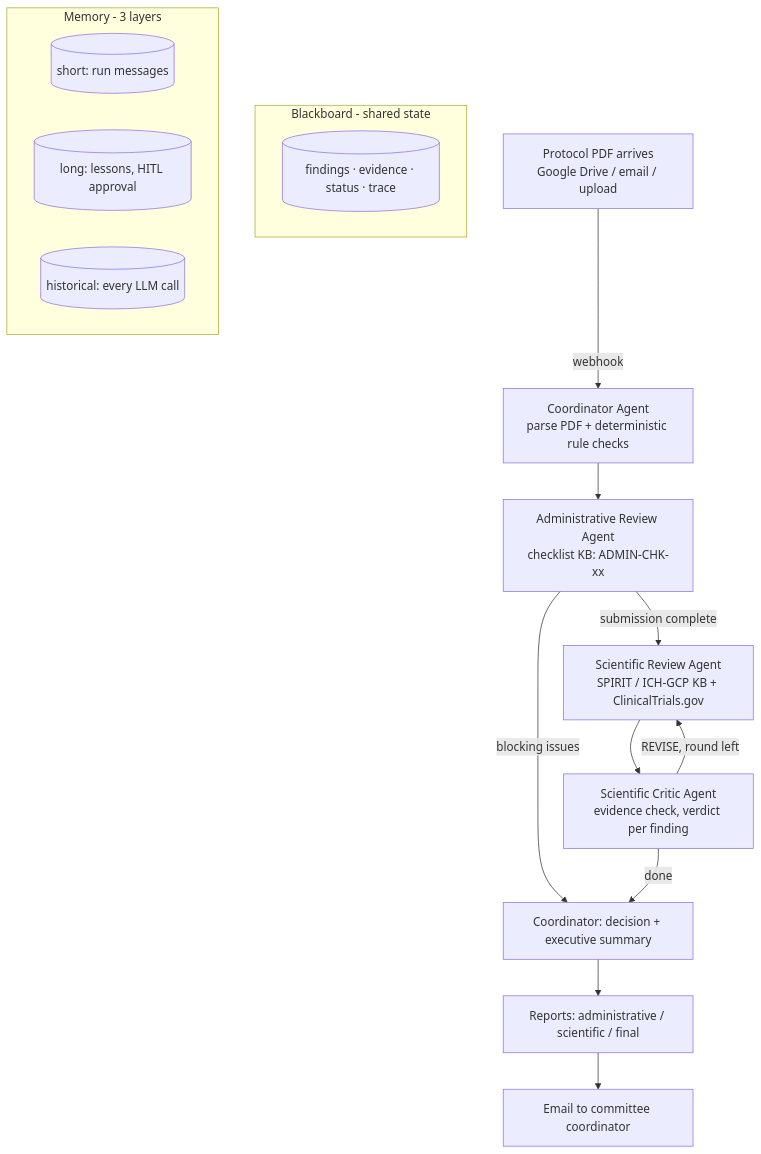
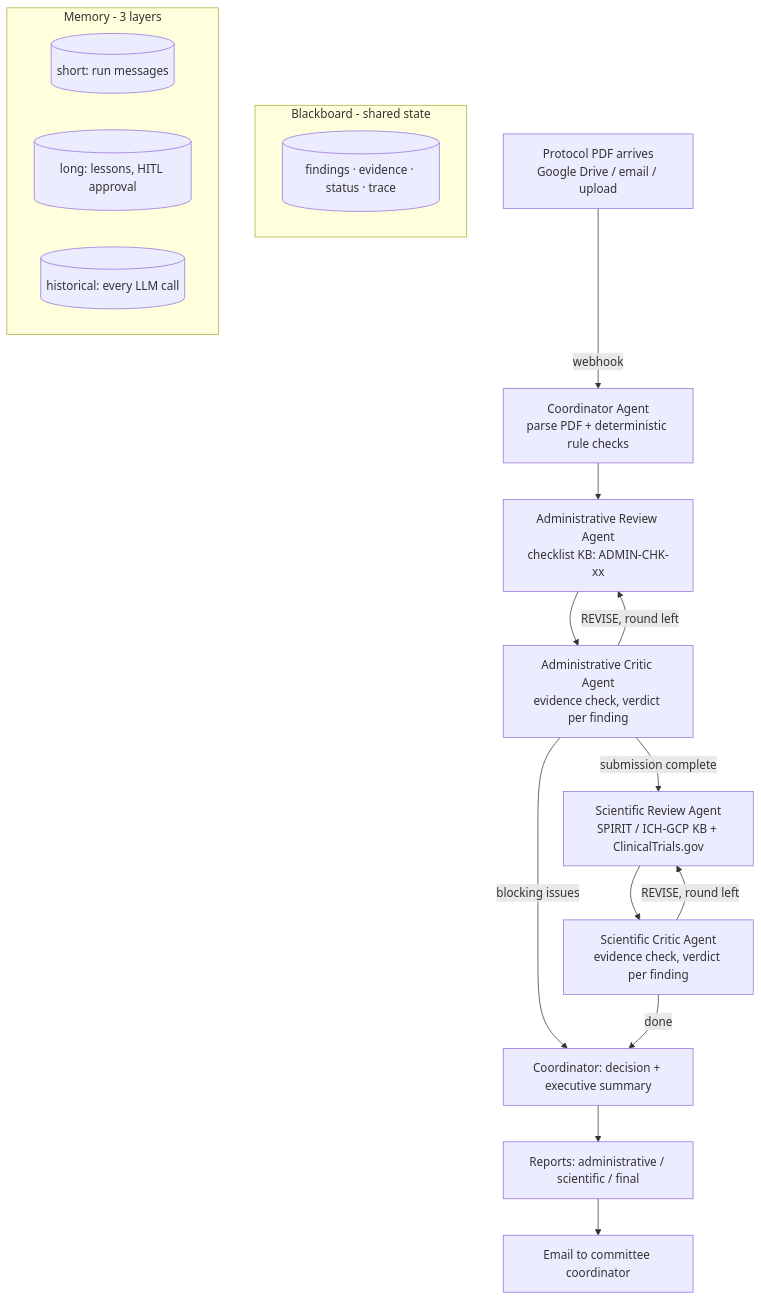
Before and after one commit to AS-ai25/ProtocolReviewAI: the diagram in README.md, drawn with Mermaid. The commit also changed other lines of this file and 10 other files, not shown here.

````diff
--- a/README.md
+++ b/README.md
@@ -14,20 +14,22 @@
 ```mermaid
 flowchart TD
     IN[Protocol PDF arrives<br/>Google Drive / email / upload] -->|webhook| C0[Coordinator Agent<br/>parse PDF + deterministic rule checks]
     C0 --> A[Administrative Review Agent<br/>checklist KB: ADMIN-CHK-xx]
-    A -->|submission complete| S[Scientific Review Agent<br/>SPIRIT / ICH-GCP KB + ClinicalTrials.gov]
-    A -->|blocking issues| F[Coordinator: decision + executive summary]
+    A --> AK[Administrative Critic Agent<br/>evidence check, verdict per finding]
+    AK -->|REVISE, round left| A
+    AK -->|submission complete| S[Scientific Review Agent<br/>SPIRIT / ICH-GCP KB + ClinicalTrials.gov]
+    AK -->|blocking issues| F[Coordinator: decision + executive summary]
     S --> K[Scientific Critic Agent<br/>evidence check, verdict per finding]
     K -->|REVISE, round left| S
     K -->|done| F
     F --> R[Reports: administrative / scientific / final]
     R --> M[Email to committee coordinator]
     subgraph Blackboard - shared state
         B[(findings · evidence · status · trace)]
     end
     subgraph Memory - 3 layers
         M1[(short: run messages)]
         M2[(long: lessons, HITL approval)]
         M3[(historical: every LLM call)]
     end
 ```
````
